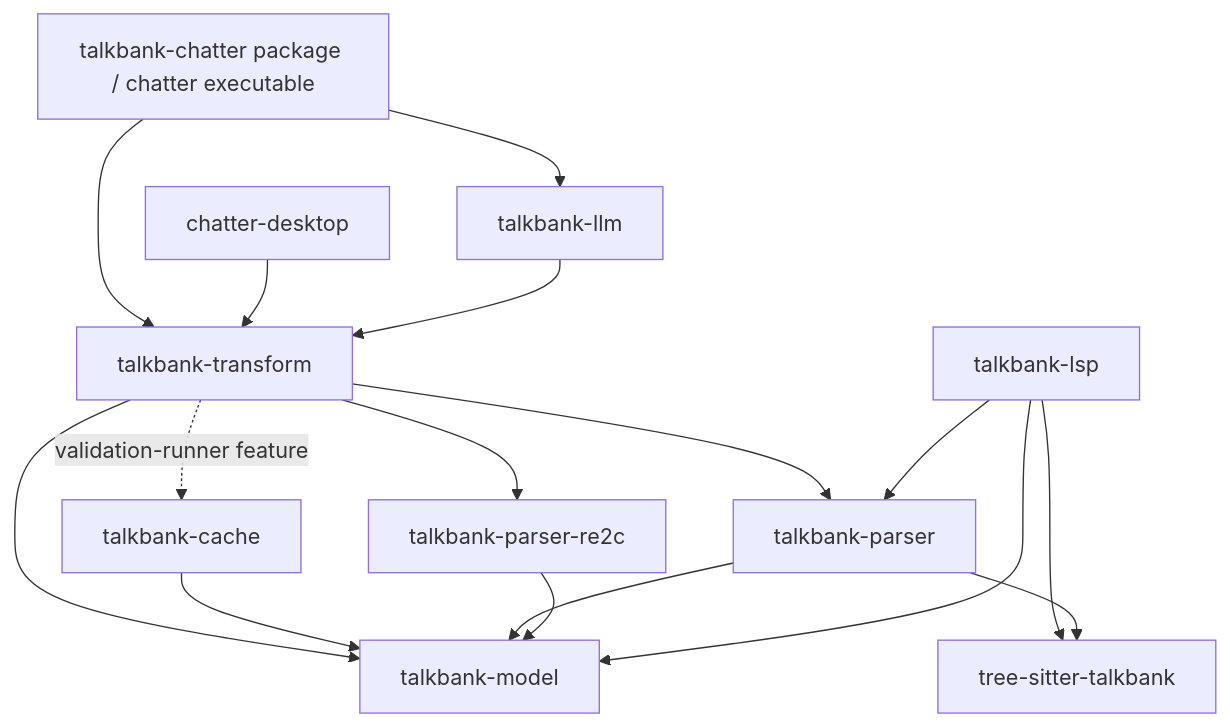
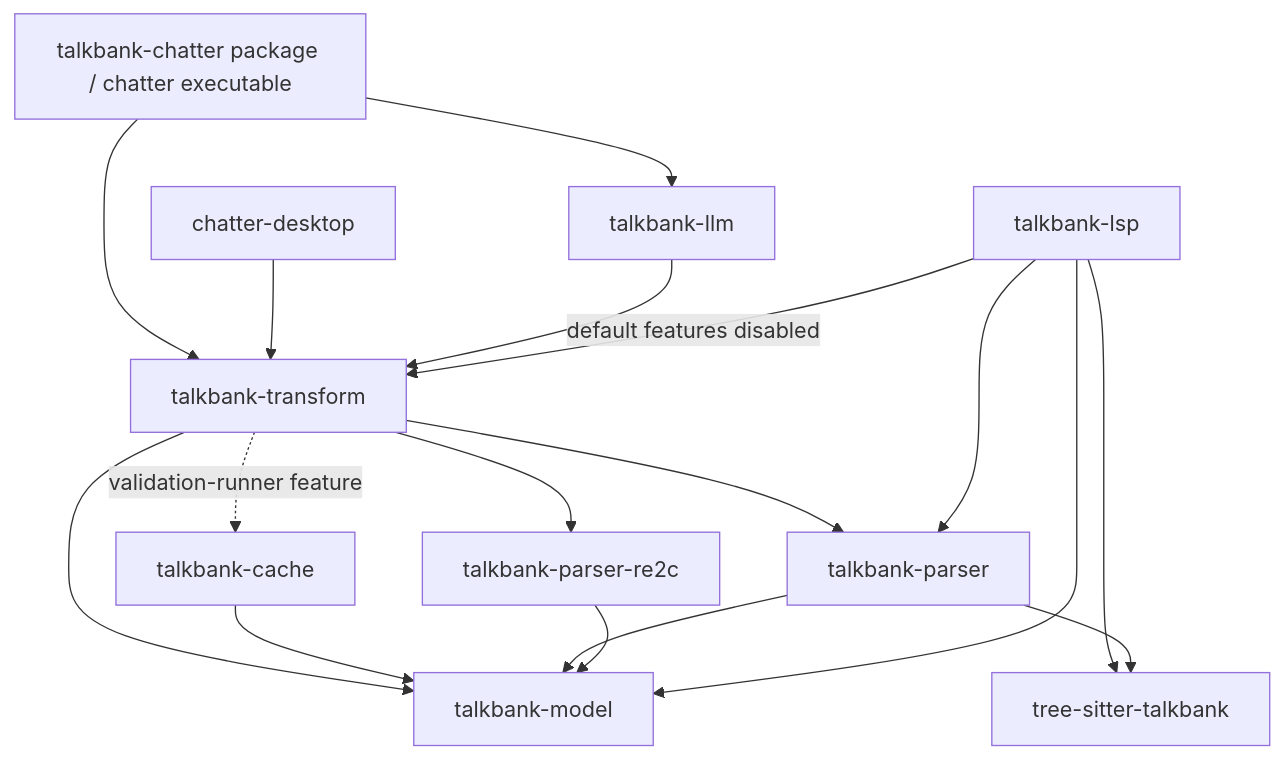
Before and after one commit to TalkBank/chatter: the second of 2 diagrams in book/src/architecture/overview.md, drawn with Mermaid. The commit also changed other lines of this file and 1443 other files, not shown here.

````diff
--- a/book/src/architecture/overview.md
+++ b/book/src/architecture/overview.md
@@ -65,18 +83,19 @@
 ```mermaid
 flowchart TD
     CLI["talkbank-chatter package / chatter executable"] --> X["talkbank-transform"]
     D["chatter-desktop"] --> X
     CLI --> H["talkbank-llm"]
     H --> X
     X --> P["talkbank-parser"]
     X --> R["talkbank-parser-re2c"]
     X -.->|"validation-runner feature"| C["talkbank-cache"]
     X --> M["talkbank-model"]
     C --> M
     P --> M
     R --> M
     L["talkbank-lsp"] --> P
     L --> M
     L --> G["tree-sitter-talkbank"]
+    L -->|"default features disabled"| X
     P --> G
 ```
````
